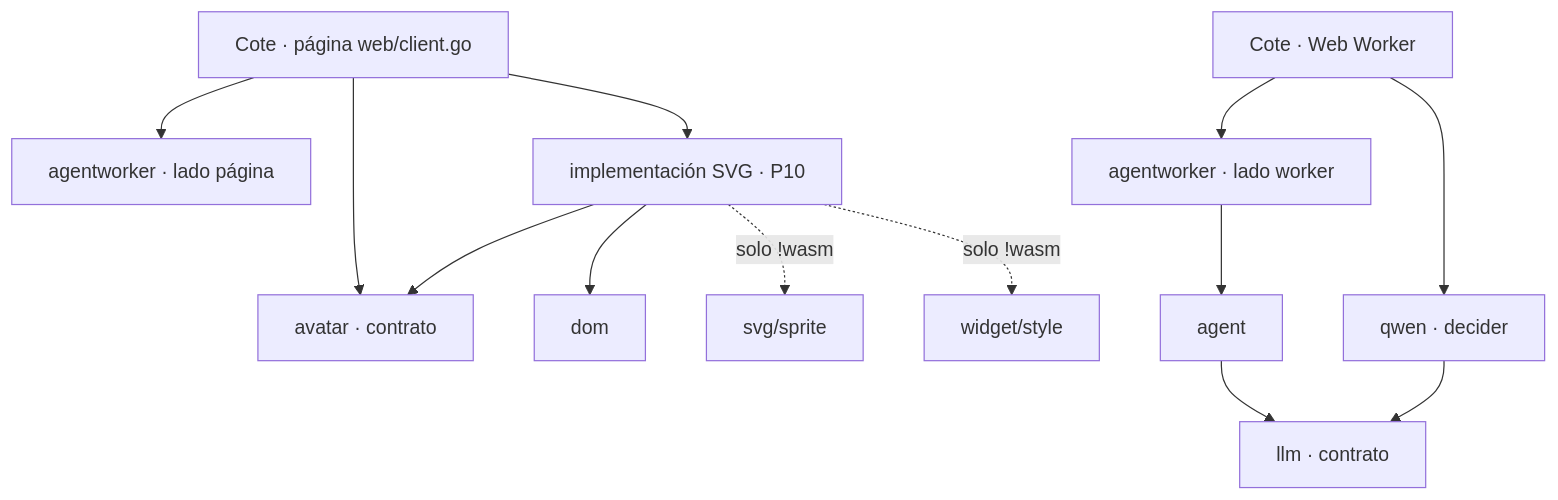
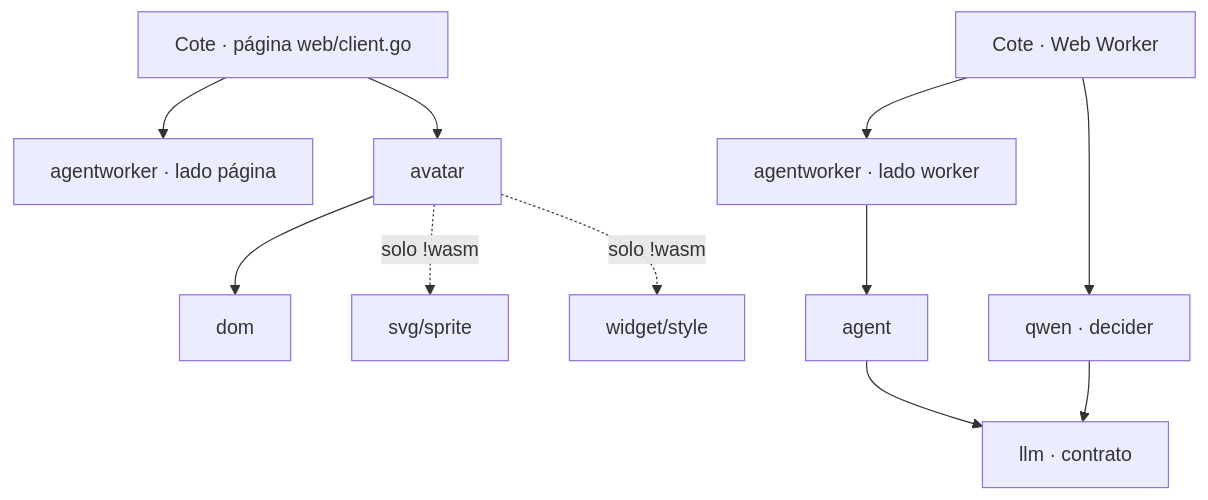
The first of 2 diagrams in AVATAR_MASTER_PLAN.md (webtyp/docs), drawn with Mermaid before and after one commit. The commit also changed other lines of this file and 3 other files, not shown here.

````diff
--- a/AVATAR_MASTER_PLAN.md
+++ b/AVATAR_MASTER_PLAN.md
@@ -49,14 +44,12 @@
 ```mermaid
 flowchart TD
     PAGE[Cote · página web/client.go] --> AW[agentworker · lado página]
-    PAGE --> IMPL[implementación SVG · P10]
-    PAGE --> CON[avatar · contrato]
-    IMPL --> CON
-    IMPL --> DOM[dom]
-    IMPL -. solo !wasm .-> SPR[svg/sprite] & STY[widget/style]
+    PAGE --> AV[avatar]
+    AV --> DOM[dom]
+    AV -. solo !wasm .-> SPR[svg/sprite] & STY[widget/style]
     WRK[Cote · Web Worker] --> AWW[agentworker · lado worker]
     AWW --> AG[agent]
     WRK --> QW[qwen · decider]
     AG --> LLM[llm · contrato]
     QW --> LLM
 ```
````
